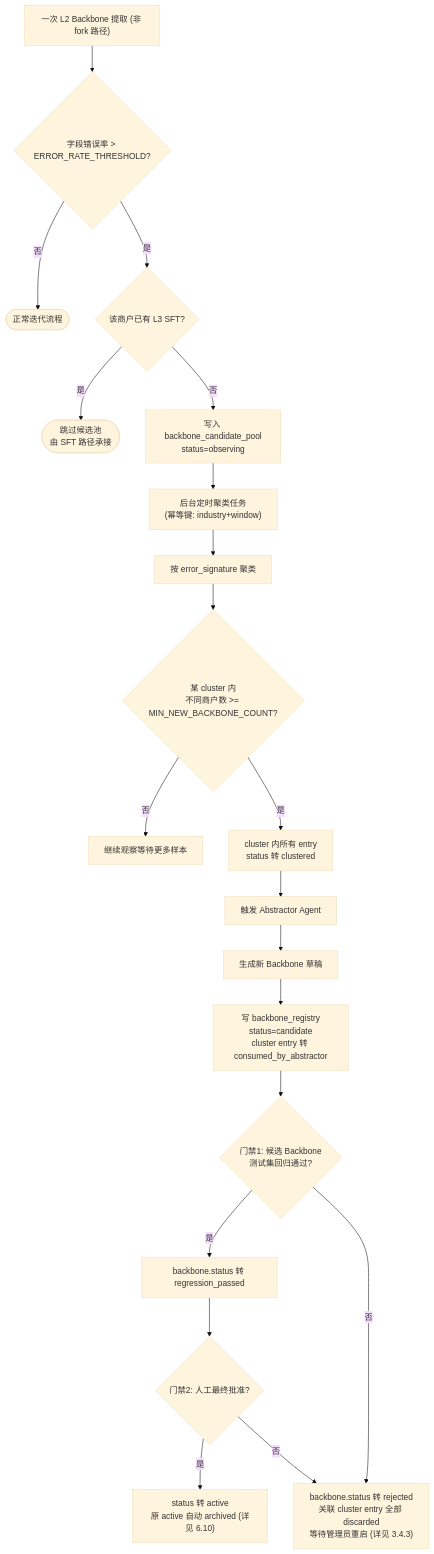
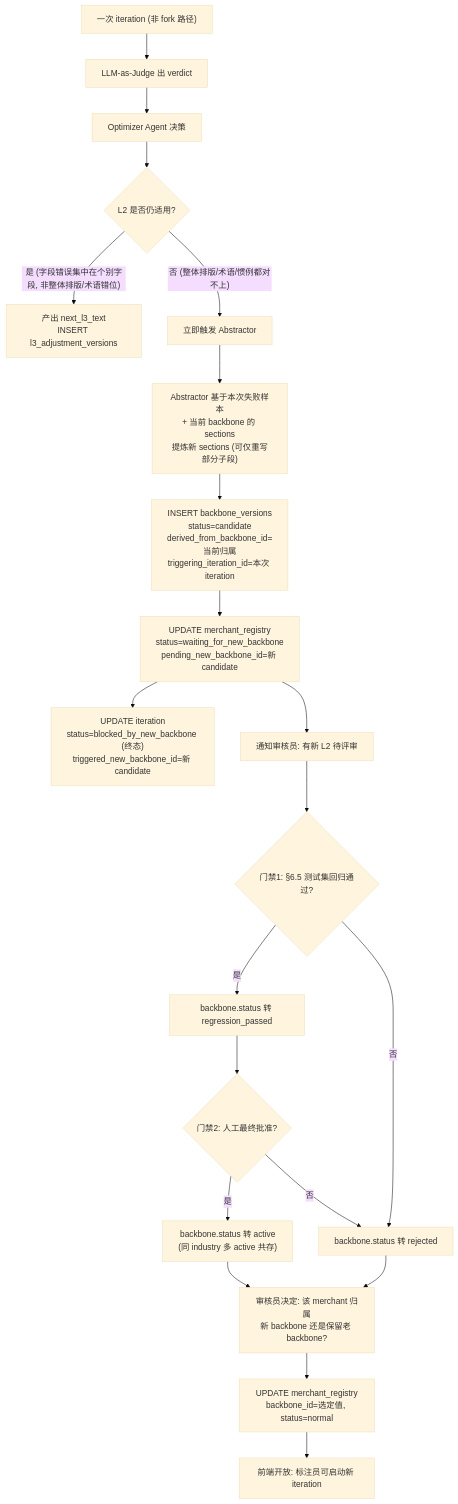
The sixth of 9 diagrams in designs/DESIGN.md (YunChen1227/auto_prompt_optimzer), drawn with Mermaid (base theme) before and after one commit. The commit also changed other lines of this file, not shown here.

````diff
--- a/designs/DESIGN.md
+++ b/designs/DESIGN.md
@@ -694,23 +820,24 @@
 ```mermaid
 flowchart TD
-    Iter["一次 L2 Backbone 提取 (非 fork 路径)"] --> Calc{"字段错误率 > ERROR_RATE_THRESHOLD?"}
-    Calc -- 否 --> Done(["正常迭代流程"])
-    Calc -- 是 --> CheckSft{"该商户已有 L3 SFT?"}
-    CheckSft -- 是 --> Skip(["跳过候选池<br/>由 SFT 路径承接"])
-    CheckSft -- 否 --> AddPool["写入 backbone_candidate_pool<br/>status=observing"]
+    Iter["一次 iteration (非 fork 路径)"] --> Judge["LLM-as-Judge 出 verdict"]
+    Judge --> Opt["Optimizer Agent 决策"]
+    Opt --> Decide{"L2 是否仍适用?"}
+    Decide -- "是 (字段错误集中在个别字段, 非整体排版/术语错位)" --> RewriteL3["产出 next_l3_text<br/>INSERT l3_adjustment_versions"]
+    Decide -- "否 (整体排版/术语/惯例都对不上)" --> NewL2["立即触发 Abstractor"]
     
-    AddPool --> Cron["后台定时聚类任务<br/>(幂等键: industry+window)"]
-    Cron --> Cluster["按 error_signature 聚类"]
-    Cluster --> Check{"某 cluster 内<br/>不同商户数 >= MIN_NEW_BACKBONE_COUNT?"}
-    Check -- 否 --> Wait[继续观察等待更多样本]
-    Check -- 是 --> MarkClustered["cluster 内所有 entry<br/>status 转 clustered"]
-    MarkClustered --> Trigger[触发 Abstractor Agent]
-    Trigger --> Draft[生成新 Backbone 草稿]
-    Draft --> CandReg["写 backbone_registry<br/>status=candidate<br/>cluster entry 转 consumed_by_abstractor"]
-    CandReg --> Regression{"门禁1: 候选 Backbone<br/>测试集回归通过?"}
-    Regression -- 是 --> SetRegPass["backbone.status 转 regression_passed"]
-    SetRegPass --> Approve{"门禁2: 人工最终批准?"}
-    Approve -- 是 --> Activate["status 转 active<br/>原 active 自动 archived (详见 6.10)"]
-    Approve -- 否 --> Reject1["backbone.status 转 rejected<br/>关联 cluster entry 全部 discarded<br/>等待管理员重启 (详见 3.4.3)"]
-    Regression -- 否 --> Reject1
+    NewL2 --> Draft["Abstractor 基于本次失败样本<br/>+ 当前 backbone 的 sections<br/>提炼新 sections (可仅重写部分子段)"]
+    Draft --> InsertCand["INSERT backbone_versions<br/>status=candidate<br/>derived_from_backbone_id=当前归属<br/>triggering_iteration_id=本次 iteration"]
+    InsertCand --> SetWait["UPDATE merchant_registry<br/>status=waiting_for_new_backbone<br/>pending_new_backbone_id=新 candidate"]
+    SetWait --> SetIter["UPDATE iteration<br/>status=blocked_by_new_backbone (终态)<br/>triggered_new_backbone_id=新 candidate"]
+    SetWait --> Notify["通知审核员: 有新 L2 待评审"]
+    Notify --> Gate1{"门禁1: §6.5 测试集回归通过?"}
+    Gate1 -- 是 --> RegPass["backbone.status 转 regression_passed"]
+    RegPass --> Gate2{"门禁2: 人工最终批准?"}
+    Gate2 -- 是 --> Activate["backbone.status 转 active<br/>(同 industry 多 active 共存)"]
+    Gate2 -- 否 --> Reject["backbone.status 转 rejected"]
+    Gate1 -- 否 --> Reject
+    Activate --> Assign["审核员决定: 该 merchant 归属<br/>新 backbone 还是保留老 backbone?"]
+    Reject --> Assign
+    Assign --> UpdateMR["UPDATE merchant_registry<br/>backbone_id=选定值, status=normal"]
+    UpdateMR --> AllowNew["前端开放: 标注员可启动新 iteration"]
 ```
````
